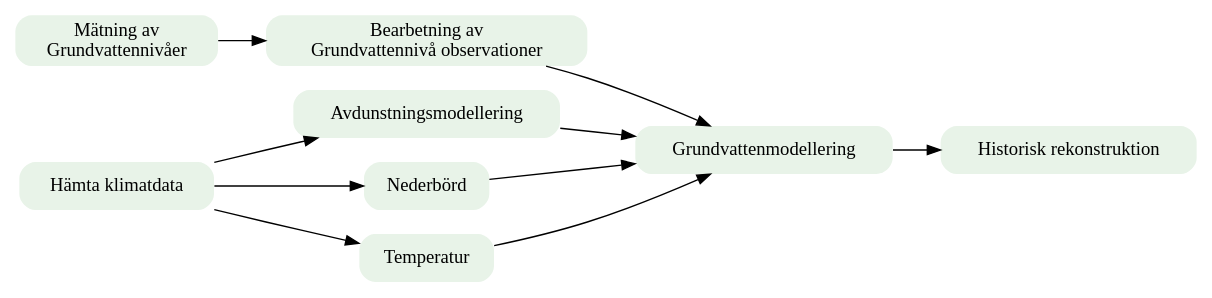
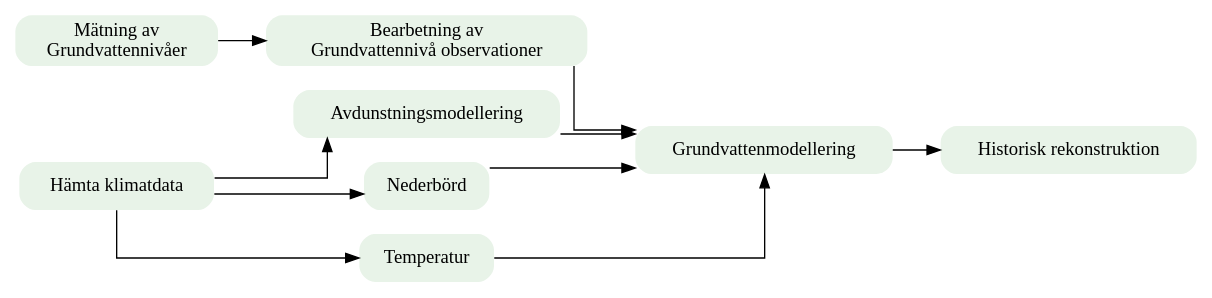
The diagram in handledning/flowcharts/larmnivaer.rst (ezra-haaf/Hydrogeologiska-storningar), drawn with Graphviz before and after one commit. The commit also changed 6 other files, not shown here.

```diff
--- a/handledning/flowcharts/larmnivaer.rst
+++ b/handledning/flowcharts/larmnivaer.rst
@@ -15,26 +15,27 @@
 .. graphviz::
 
    digraph G {
      rankdir=LR;
+     splines=ortho;
      node [shape=box, style="rounded,filled", fillcolor="#e8f3e8", penwidth=0];
 
      GWMAT [label="Mätning av\nGrundvattennivåer"]; 
      GWOBS [label="Bearbetning av\nGrundvattennivå observationer", URL="../examples/kompensation.html", target="_top"];
      KLIMAT [label="Hämta klimatdata", URL="../examples/klimatdata.html", target="_top"];
      AVD    [label="Avdunstningsmodellering", URL="../examples/avdunstning.html", target="_top"];
      GWMOD  [label="Grundvattenmodellering", URL="../examples/kalibrering.html", target="_top"];
      HIST   [label="Historisk rekonstruktion", URL="../examples/hindcasting.html", target="_top"];
      NED    [label="Nederbörd", URL="../examples/nederbord.html", target="_top"];
      TEMP   [label="Temperatur", URL="../examples/temperatur.html", target="_top"];
 
 
      KLIMAT -> AVD;
      GWMAT -> GWOBS;
      GWOBS -> GWMOD;
      AVD -> GWMOD;
      GWMOD -> HIST;
      KLIMAT -> NED;
      NED -> GWMOD;
      KLIMAT -> TEMP;
      TEMP -> GWMOD;
    }
```
